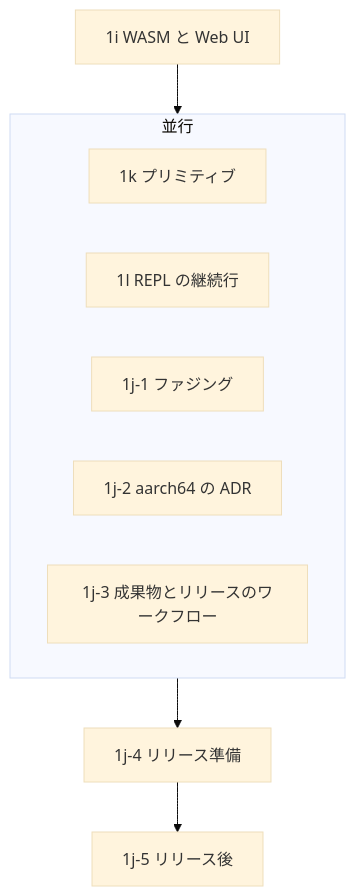
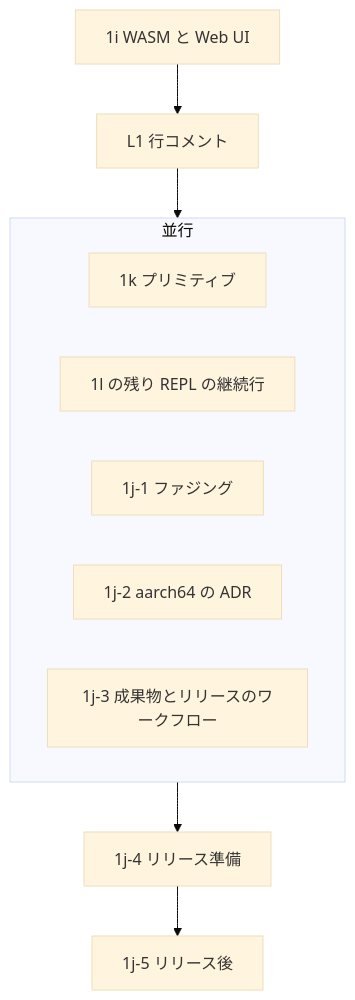
One commit to suchi/sucheme-zig changed the first of 4 diagrams in docs/plans/0010-slices-1k-1l-primitives-and-repl-continuation.md. Above: the diagram before and after it, drawn with Mermaid (base theme). The commit also changed other lines of this file, not shown here.

````diff
--- a/docs/plans/0010-slices-1k-1l-primitives-and-repl-continuation.md
+++ b/docs/plans/0010-slices-1k-1l-primitives-and-repl-continuation.md
@@ -24,13 +25,14 @@
 ```mermaid
 flowchart TD
-    s1i[1i WASM と Web UI] --> par
+    s1i[1i WASM と Web UI] --> l1[L1 行コメント]
+    l1 --> par
     subgraph par[並行]
         s1k[1k プリミティブ]
-        s1l[1l REPL の継続行]
+        s1l[1l の残り REPL の継続行]
         s1j1[1j-1 ファジング]
         s1j2[1j-2 aarch64 の ADR]
         s1j3[1j-3 成果物とリリースのワークフロー]
     end
     par --> s1j4[1j-4 リリース準備]
     s1j4 --> s1j5[1j-5 リリース後]
 ```
````
